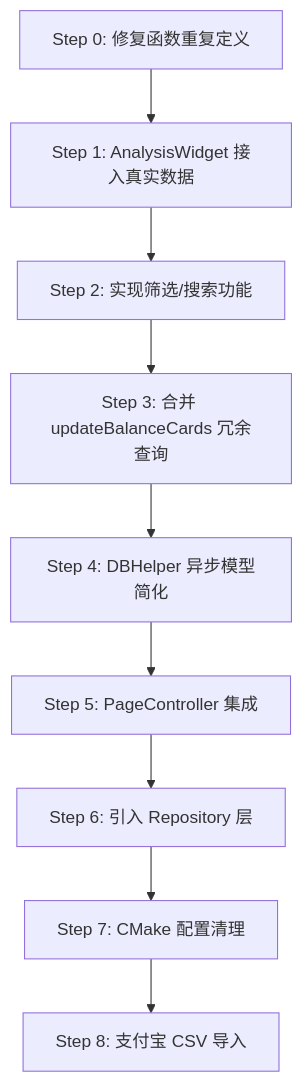
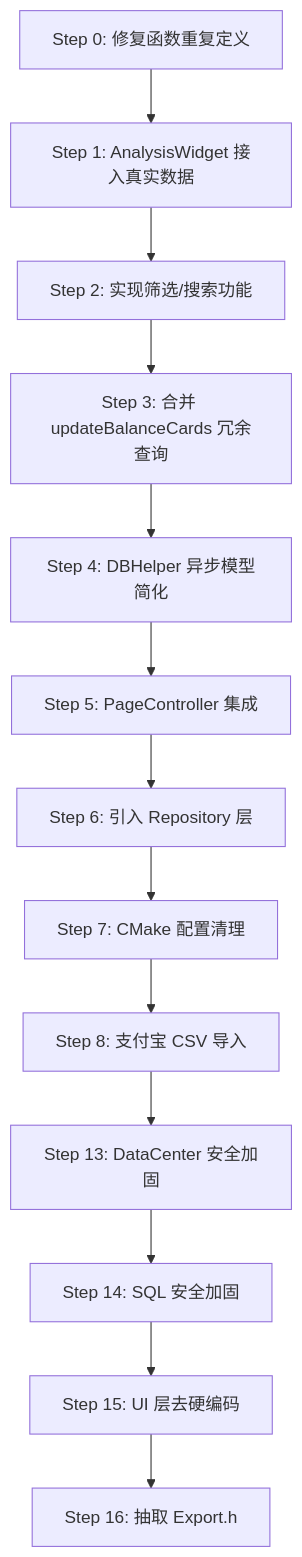
One commit to wave-guest/BookKeeping changed the diagram in AGENTS.md. Above: the diagram before and after it, drawn with Mermaid. The commit also changed other lines of this file, not shown here.

````diff
--- a/AGENTS.md
+++ b/AGENTS.md
@@ -225,11 +240,15 @@
 ```mermaid
 flowchart TD
     A["Step 0: 修复函数重复定义"] --> B["Step 1: AnalysisWidget 接入真实数据"]
     B --> C["Step 2: 实现筛选/搜索功能"]
     C --> D["Step 3: 合并 updateBalanceCards 冗余查询"]
     D --> E["Step 4: DBHelper 异步模型简化"]
     E --> F["Step 5: PageController 集成"]
     F --> G["Step 6: 引入 Repository 层"]
     G --> H["Step 7: CMake 配置清理"]
     H --> I["Step 8: 支付宝 CSV 导入"]
+    I --> J["Step 13: DataCenter 安全加固"]
+    J --> K["Step 14: SQL 安全加固"]
+    K --> L["Step 15: UI 层去硬编码"]
+    L --> M["Step 16: 抽取 Export.h"]
 ```
````
